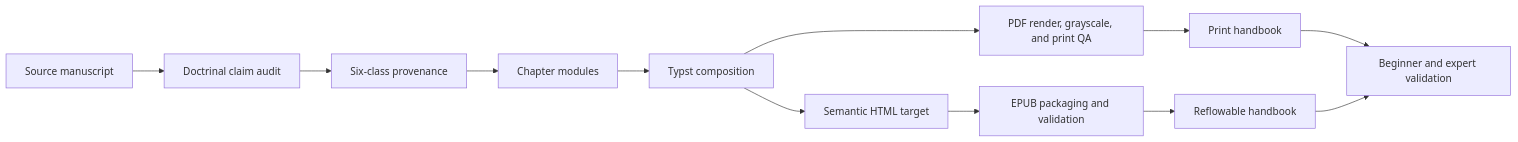
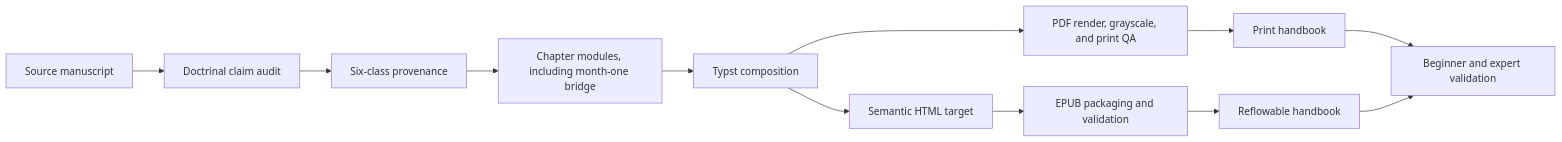
Before and after one commit to streamentry/streamentry: the first of 5 diagrams in AGENTS.md, drawn with Mermaid. The commit also changed other lines of this file and 32 other files, not shown here.

````diff
--- a/AGENTS.md
+++ b/AGENTS.md
@@ -67,14 +68,14 @@
 ```mermaid
 flowchart LR
   A["Source manuscript"] --> B["Doctrinal claim audit"]
   B --> C["Six-class provenance"]
-  C --> D["Chapter modules"]
+  C --> D["Chapter modules, including month-one bridge"]
   D --> E["Typst composition"]
   E --> F["PDF render, grayscale, and print QA"]
   E --> H["Semantic HTML target"]
   H --> I["EPUB packaging and validation"]
   F --> G["Print handbook"]
   I --> J["Reflowable handbook"]
   G --> K["Beginner and expert validation"]
   J --> K
 ```
````
